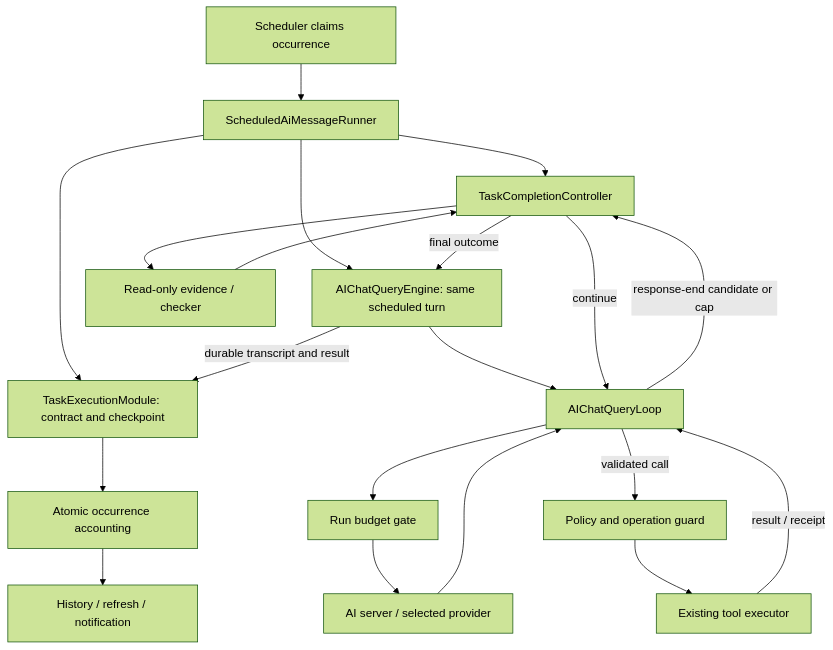
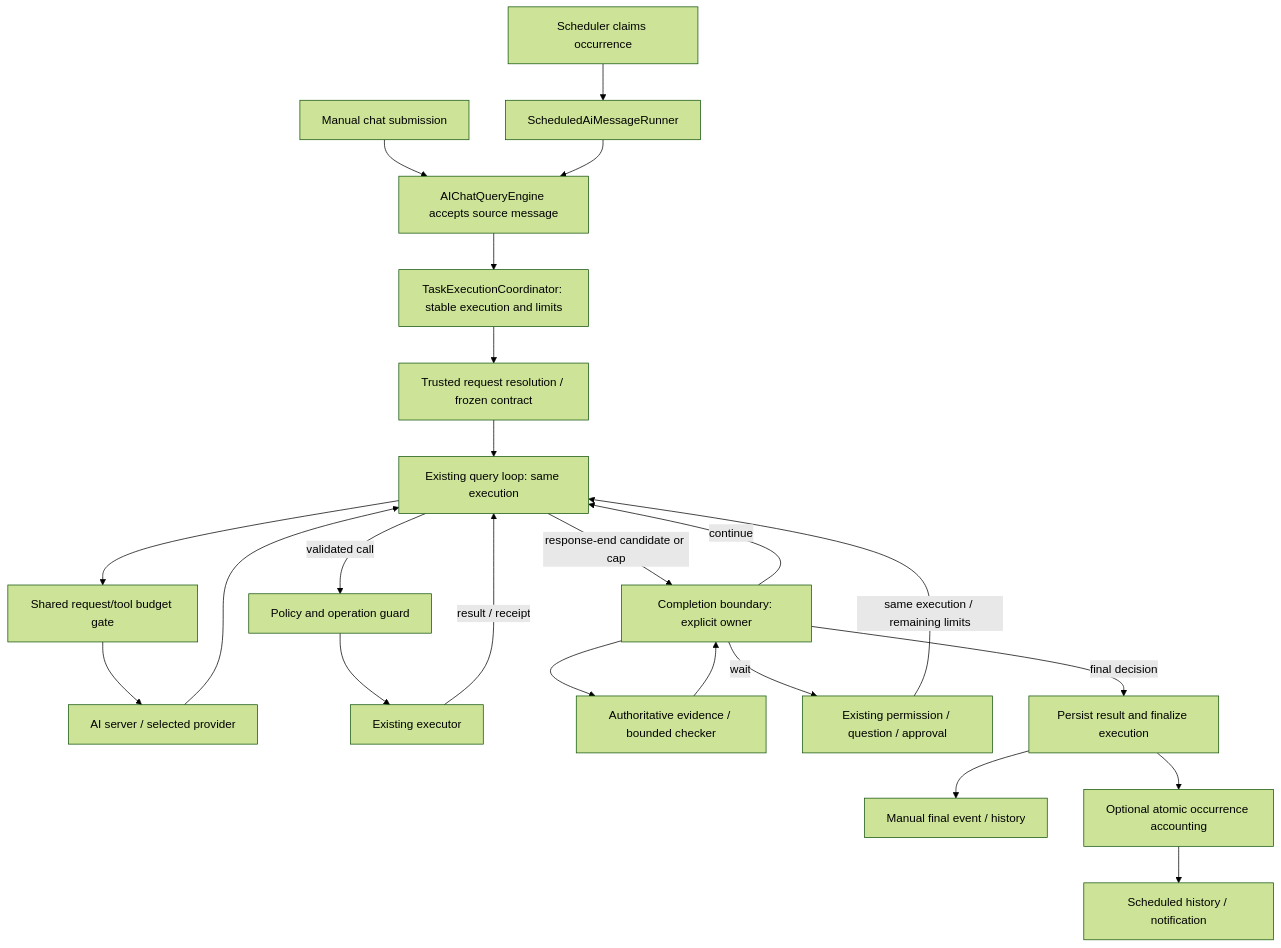
One commit to robertzengcn/aiFetchly changed the diagram in docs/prd/scheduled-loop-premature-stop-recovery-technical-design.md. Above: the diagram before and after it, drawn with Mermaid (forest theme). The commit also changed other lines of this file and 7 other files, not shown here.

Commit message:
docs: cover manual tasks in shared stop recovery design

````diff
--- a/docs/prd/scheduled-loop-premature-stop-recovery-technical-design.md
+++ b/docs/prd/scheduled-loop-premature-stop-recovery-technical-design.md
@@ -46,22 +52,25 @@
 ```mermaid
 flowchart TD
+  U[Manual chat submission] --> E[AIChatQueryEngine accepts source message]
   S[Scheduler claims occurrence] --> R[ScheduledAiMessageRunner]
-  R --> M[TaskExecutionModule: contract and checkpoint]
-  R --> C[TaskCompletionController]
-  R --> E[AIChatQueryEngine: same scheduled turn]
-  E --> L[AIChatQueryLoop]
-  L --> B[Run budget gate]
+  R --> E
+  E --> X[TaskExecutionCoordinator: stable execution and limits]
+  X --> Q[Trusted request resolution / frozen contract]
+  Q --> L[Existing query loop: same execution]
+  L --> B[Shared request/tool budget gate]
   B --> A[AI server / selected provider]
   A --> L
   L -->|validated call| G[Policy and operation guard]
-  G --> T[Existing tool executor]
+  G --> T[Existing executor]
   T -->|result / receipt| L
-  L -->|response-end candidate or cap| C
-  C --> V[Read-only evidence / checker]
+  L -->|response-end candidate or cap| C[Completion boundary: explicit owner]
+  C --> V[Authoritative evidence / bounded checker]
   V --> C
   C -->|continue| L
-  C -->|final outcome| E
-  E -->|durable transcript and result| M
-  M --> F[Atomic occurrence accounting]
-  F --> U[History / refresh / notification]
+  C -->|wait| W[Existing permission / question / approval]
+  W -->|same execution / remaining limits| L
+  C -->|final decision| F[Persist result and finalize execution]
+  F --> M[Manual final event / history]
+  F --> O[Optional atomic occurrence accounting]
+  O --> H[Scheduled history / notification]
 ```
````
